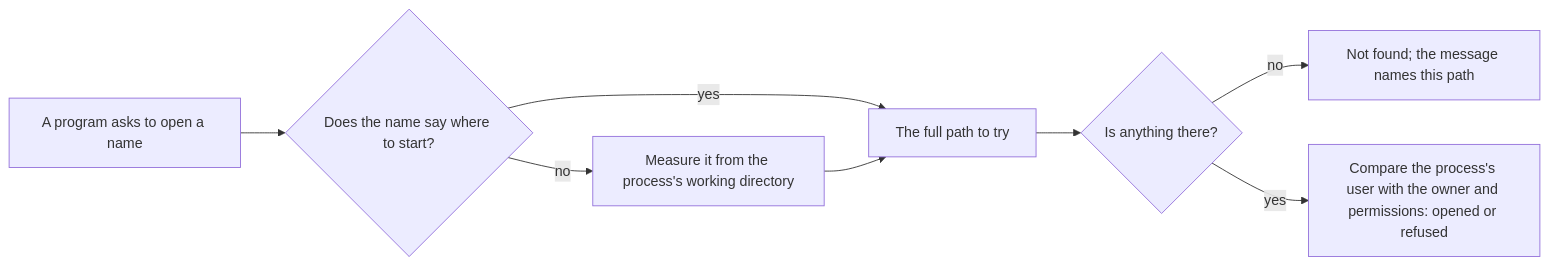
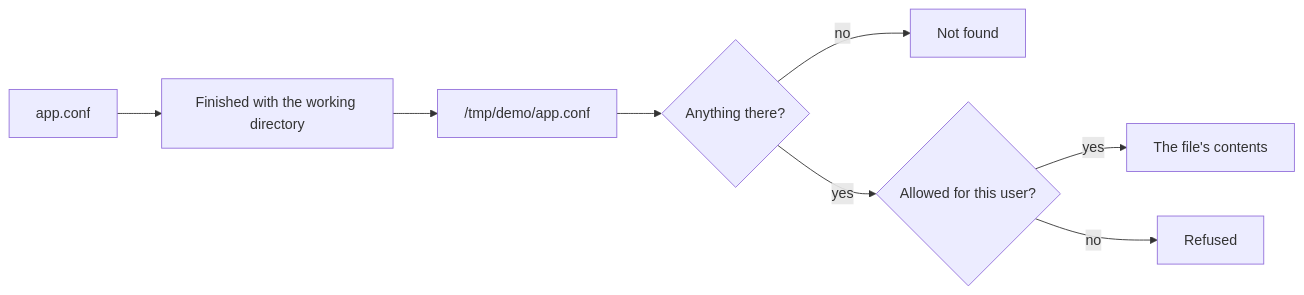
Before and after one commit to duyan11110/lo-trinh-architect: the diagram in content/tracks/foundation/computer/foundation.l1.files-and-permissions.en.md, drawn with Mermaid. The commit also changed other lines of this file and 24 other files, not shown here.

````diff
--- a/content/tracks/foundation/computer/foundation.l1.files-and-permissions.en.md
+++ b/content/tracks/foundation/computer/foundation.l1.files-and-permissions.en.md
@@ -41,10 +41,10 @@
 ```mermaid
 flowchart LR
-  R["A program asks to open a name"] --> A{"Does the name say where to start?"}
-  A -->|no| W["Measure it from the process's working directory"]
-  A -->|yes| F["The full path to try"]
-  W --> F
-  F --> E{"Is anything there?"}
-  E -->|no| N["Not found; the message names this path"]
-  E -->|yes| P["Compare the process's user with the owner and permissions: opened or refused"]
+  R["app.conf"] --> C["Finished with the working directory"]
+  C --> A["/tmp/demo/app.conf"]
+  A --> Q1{"Anything there?"}
+  Q1 -->|no| N["Not found"]
+  Q1 -->|yes| Q2{"Allowed for this user?"}
+  Q2 -->|yes| B["The file's contents"]
+  Q2 -->|no| D["Refused"]
 ```
````
